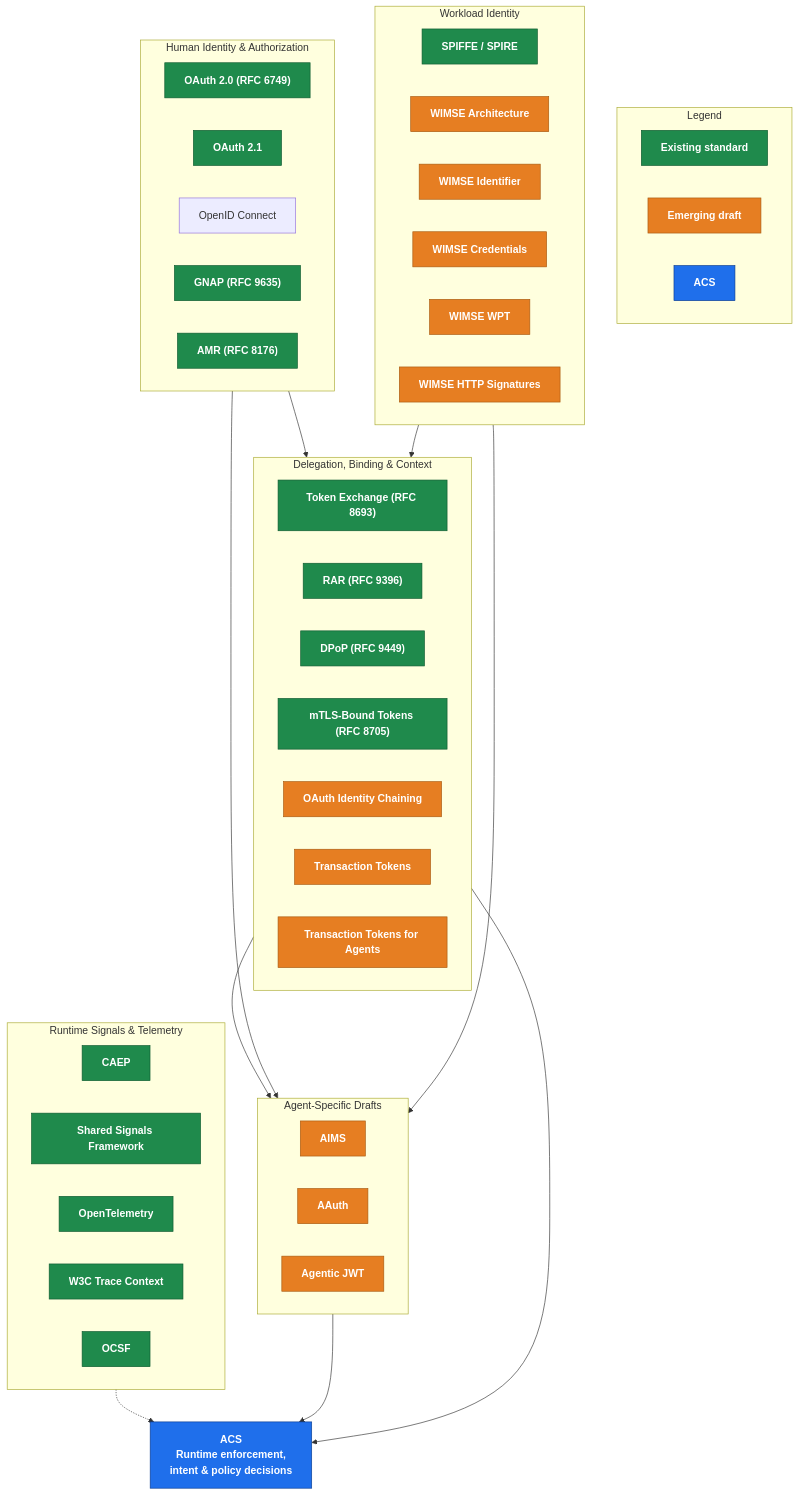
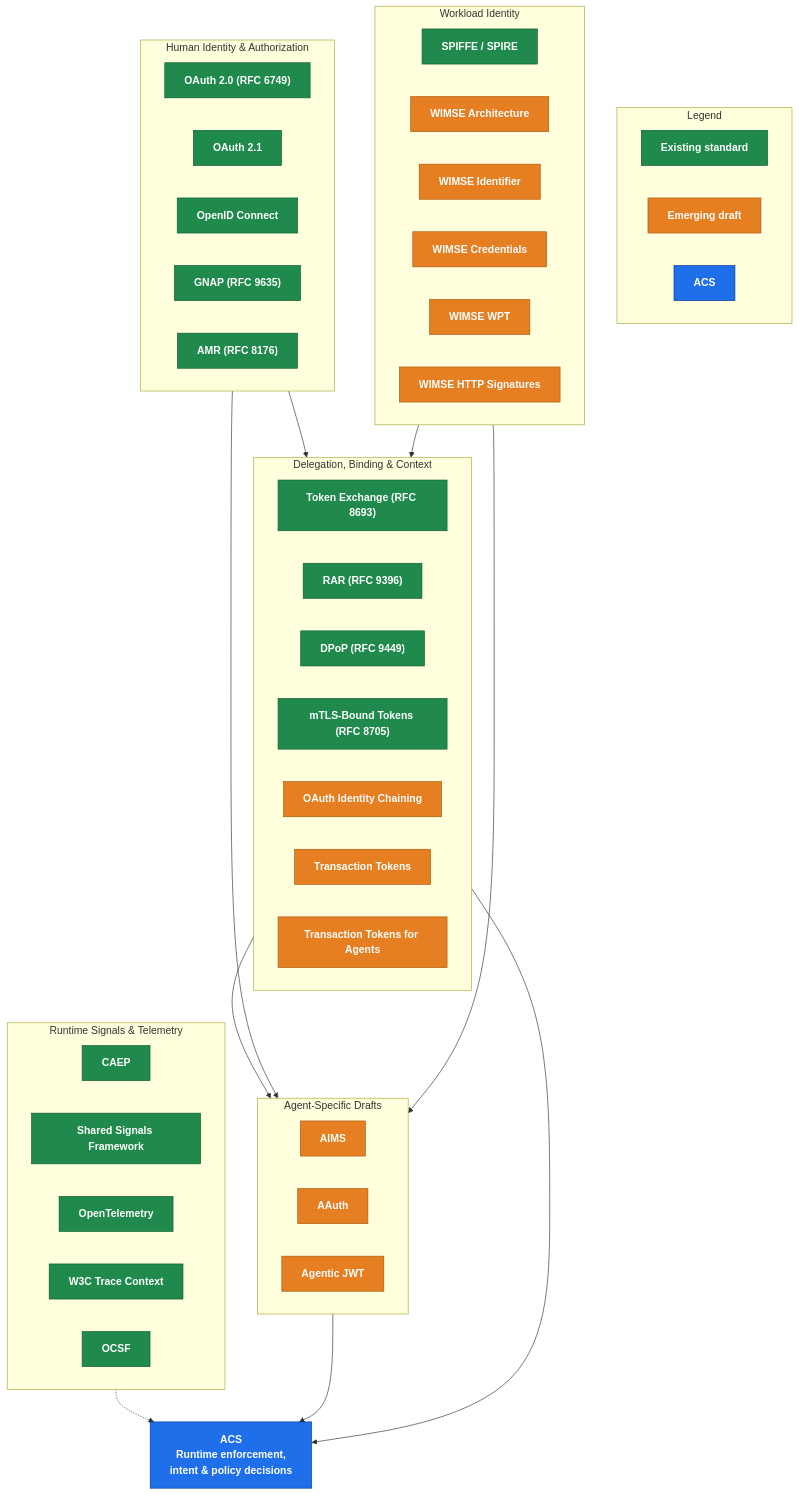
The diagram in docs/identity/standards.md (GenAI-Security-Project/agent-control-standard), drawn with Mermaid before and after one commit. The commit also changed other lines of this file and 67 other files, not shown here.

````diff
--- a/docs/identity/standards.md
+++ b/docs/identity/standards.md
@@ -25,65 +25,65 @@
 ```mermaid
 flowchart TB
     subgraph Legend["Legend"]
         direction LR
         L1["Existing standard"]:::existing
         L2["Emerging draft"]:::emerging
         L3["ACS"]:::acs
     end
 
     subgraph Human["Human Identity & Authorization"]
         OAuth20["OAuth 2.0 (RFC 6749)"]:::existing
         OAuth21["OAuth 2.1"]:::existing
-        OIDC["OpenID Connect"]:::existingF
+        OIDC["OpenID Connect"]:::existing
         GNAP["GNAP (RFC 9635)"]:::existing
         AMR["AMR (RFC 8176)"]:::existing
     end
 
     subgraph Workload["Workload Identity"]
         SPIFFE["SPIFFE / SPIRE"]:::existing
         WIMSE_ARCH["WIMSE Architecture"]:::emerging
         WIMSE_ID["WIMSE Identifier"]:::emerging
         WIMSE_CRED["WIMSE Credentials"]:::emerging
         WIMSE_WPT["WIMSE WPT"]:::emerging
         WIMSE_SIG["WIMSE HTTP Signatures"]:::emerging
     end
 
     subgraph Delegation["Delegation, Binding & Context"]
         TOKEX["Token Exchange (RFC 8693)"]:::existing
         RAR["RAR (RFC 9396)"]:::existing
         DPOP["DPoP (RFC 9449)"]:::existing
         MTLS["mTLS-Bound Tokens (RFC 8705)"]:::existing
         CHAIN["OAuth Identity Chaining"]:::emerging
         TXTOK["Transaction Tokens"]:::emerging
         TXTOK_A["Transaction Tokens for Agents"]:::emerging
     end
 
     subgraph Agents["Agent-Specific Drafts"]
         AIMS["AIMS"]:::emerging
         AAUTH["AAuth"]:::emerging
         AJWT["Agentic JWT"]:::emerging
     end
 
     subgraph Signals["Runtime Signals & Telemetry"]
         CAEP["CAEP"]:::existing
         SSF["Shared Signals Framework"]:::existing
         OTEL["OpenTelemetry"]:::existing
         TRACE["W3C Trace Context"]:::existing
         OCSF["OCSF"]:::existing
     end
 
     Human --> Delegation
     Workload --> Delegation
     Delegation --> Agents
     Human --> Agents
     Workload --> Agents
     Signals -.-> ACS
     Agents --> ACS
     Delegation --> ACS
 
     ACS["ACS<br/>Runtime enforcement,<br/>intent &amp; policy decisions"]:::acs
 
     classDef existing fill:#1f8a4c,stroke:#0e5a30,color:#fff,font-weight:bold;
     classDef emerging fill:#e67e22,stroke:#a85a10,color:#fff,font-weight:bold;
     classDef acs fill:#1f6feb,stroke:#0b3d91,color:#fff,font-weight:bold;
 ```
````
